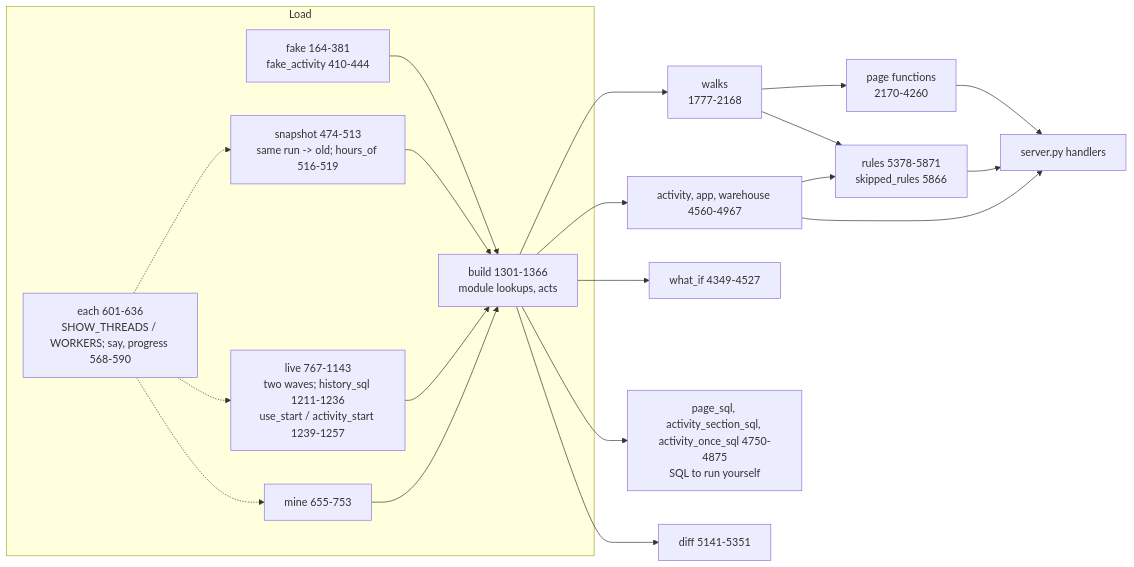
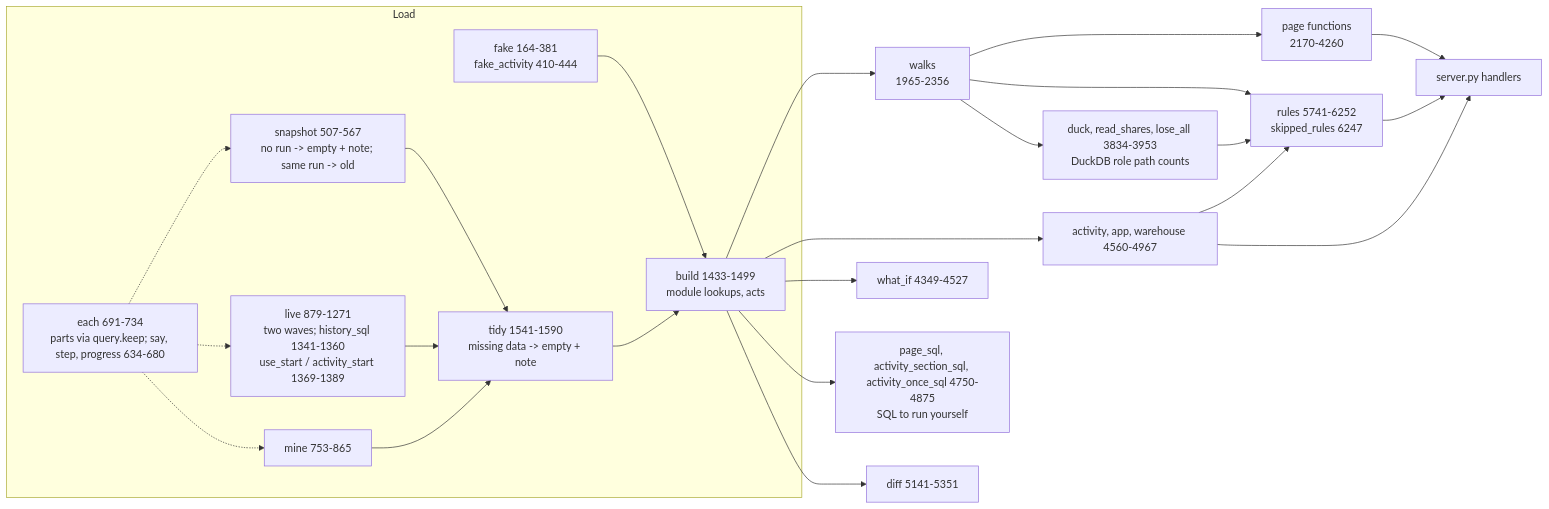
One commit to darshanmeel/snowflake-access-explorer changed the first of 2 diagrams in snowflake-access-explorer-knowledge-graph/modules/access.md. Above: the diagram before and after it, drawn with Mermaid. The commit also changed other lines of this file and 82 other files, not shown here.

Commit message:
Knowledge graph: parts store, two-stage load, background refresh, DuckDB rule walk, kept rule results, review fixes (to 448bdbb)

````diff
--- a/snowflake-access-explorer-knowledge-graph/modules/access.md
+++ b/snowflake-access-explorer-knowledge-graph/modules/access.md
@@ -6,21 +6,23 @@
 ```mermaid
 flowchart LR
   subgraph Load
     F[fake 164-381<br/>fake_activity 410-444] --> B
-    SN[snapshot 474-513<br/>same run -> old; hours_of 516-519] --> B
-    LV[live 767-1143<br/>two waves; history_sql 1211-1236<br/>use_start / activity_start 1239-1257] --> B
-    MI[mine 655-753] --> B
-    EA[each 601-636<br/>SHOW_THREADS / WORKERS; say, progress 568-590] -.-> SN & LV & MI
+    SN[snapshot 507-567<br/>no run -> empty + note; same run -> old] --> T
+    LV[live 879-1271<br/>two waves; history_sql 1341-1360<br/>use_start / activity_start 1369-1389] --> T
+    MI[mine 753-865] --> T
+    EA[each 691-734<br/>parts via query.keep; say, step, progress 634-680] -.-> SN & LV & MI
+    T[tidy 1541-1590<br/>missing data -> empty + note] --> B
   end
-  B[build 1301-1366<br/>module lookups, acts] --> W[walks<br/>1777-2168]
+  B[build 1433-1499<br/>module lookups, acts] --> W[walks<br/>1965-2356]
   W --> P[page functions<br/>2170-4260]
-  W --> R[rules 5378-5871<br/>skipped_rules 5866]
+  W --> R[rules 5741-6252<br/>skipped_rules 6247]
+  W --> DK[duck, read_shares, lose_all 3834-3953<br/>DuckDB role path counts] --> R
   B --> AC[activity, app, warehouse 4560-4967]
   AC --> R
   B --> WI[what_if 4349-4527]
   B --> PS[page_sql, activity_section_sql, activity_once_sql 4750-4875<br/>SQL to run yourself]
   B --> DF[diff 5141-5351]
   P --> S[server.py handlers]
   AC --> S
   R --> S
 ```
````
